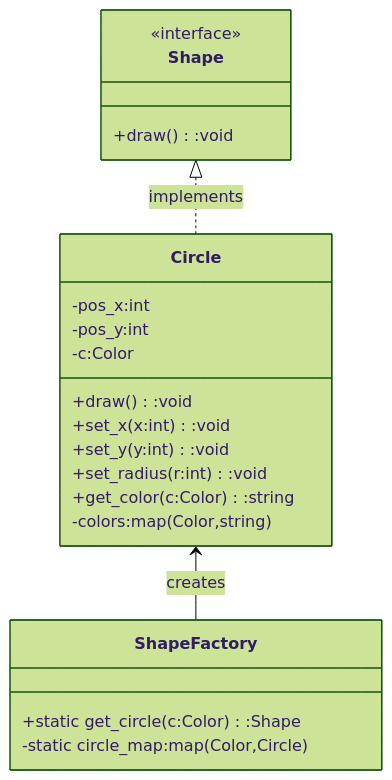
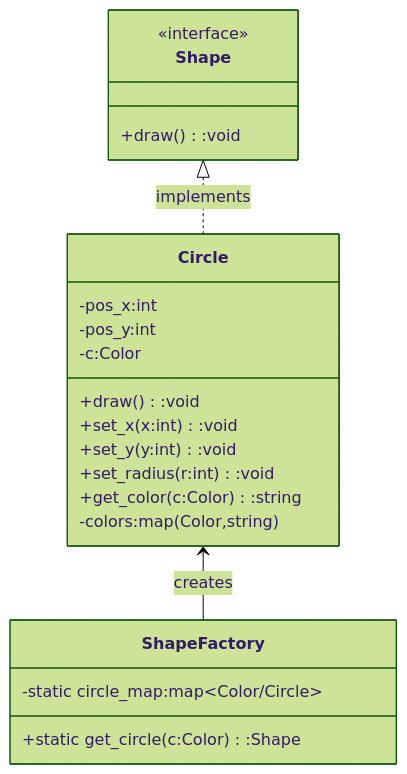
One commit to aperlini/Design-Patterns changed the diagram in Structural/Fly-Weight/README.md. Above: the diagram before and after it, drawn with Mermaid (forest theme). The commit also changed 2 other files, not shown here.

Commit message:
Correction Structural

````diff
--- a/Structural/Fly-Weight/README.md
+++ b/Structural/Fly-Weight/README.md
@@ -5,29 +5,29 @@
 ```mermaid
 classDiagram
 	
 	Shape <|.. Circle:implements
 	Circle <-- ShapeFactory:creates
 	
 	class Shape {
 		<<interface>>
 		+draw():void
 	}
 	
 	class Circle {
 		+draw():void
 		+set_x(x:int):void
 		+set_y(y:int):void
 		+set_radius(r:int):void
 		+get_color(c:Color):string
 		-pos_x:int
 		-pos_y:int
 		-c:Color
 		-colors:map(Color,string)
 	}
 	
 	class ShapeFactory {
 		+static get_circle(c:Color):Shape
-		-static circle_map:map(Color,Circle)
+		-static circle_map:map~Color/Circle~
 	}
 	
 ```
````
